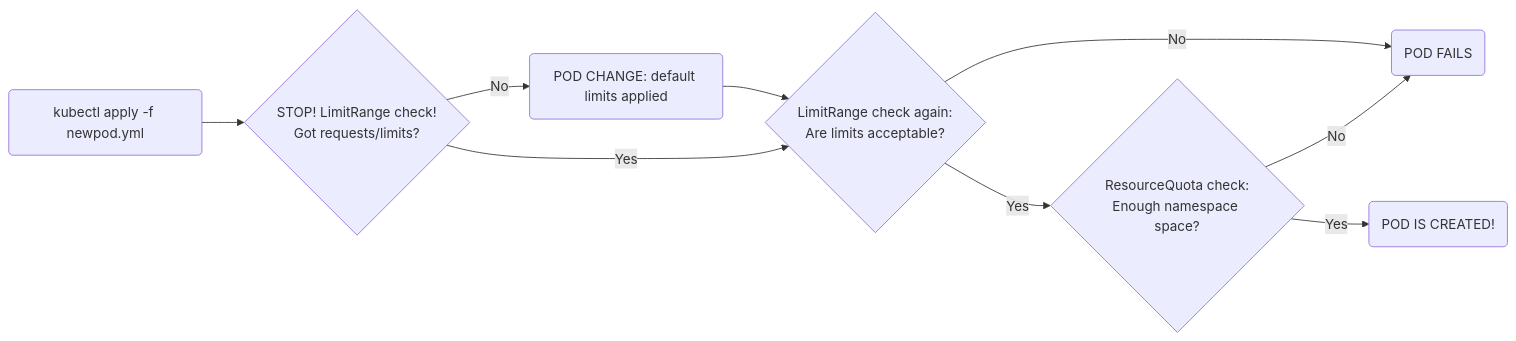
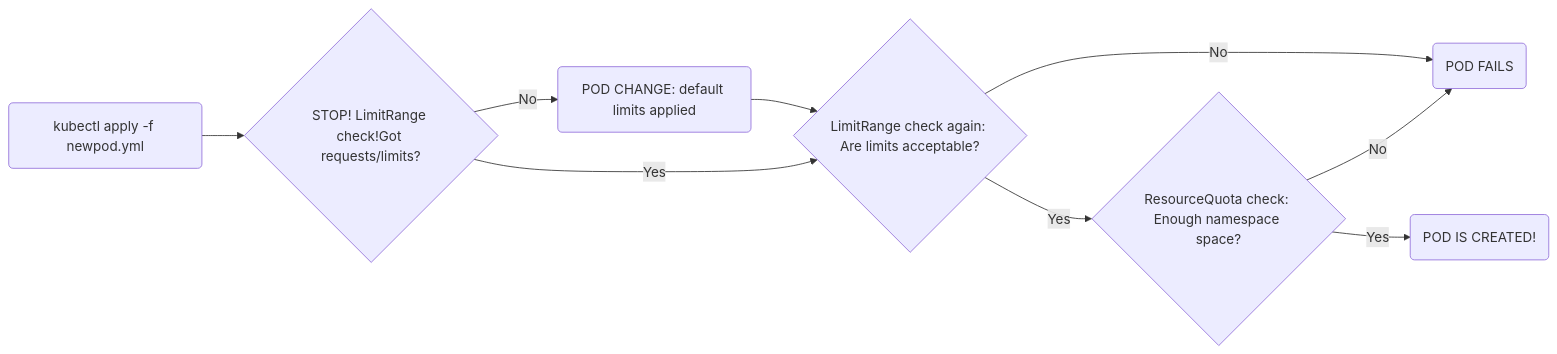
One commit to csfeeser/k8s changed the diagram in diagrams/limitrangesettings.md. Above: the diagram before and after it, drawn with Mermaid.

````diff
--- a/diagrams/limitrangesettings.md
+++ b/diagrams/limitrangesettings.md
@@ -3,13 +3,13 @@
 ```mermaid
 graph LR
-    A(kubectl apply -f newpod.yml) --> B{"STOP! LimitRange check!\nGot requests/limits?"}
+    A(kubectl apply -f newpod.yml) --> B{"STOP! LimitRange check!Got requests/limits?"}
     
-    B -->|No| C(POD CHANGE: default limits applied) --> D{"LimitRange check again:\nAre limits acceptable?"}
+    B -->|No| C(POD CHANGE: default limits applied) --> D{"LimitRange check again: Are limits acceptable?"}
     B -->|Yes| D
     
     D -->|No| E(POD FAILS)
-    D -->|Yes| F{"ResourceQuota check:\nEnough namespace space?"}
+    D -->|Yes| F{"ResourceQuota check: Enough namespace space?"}
     
     F -->|No| E
     F -->|Yes| G(POD IS CREATED!)
 ```
````
